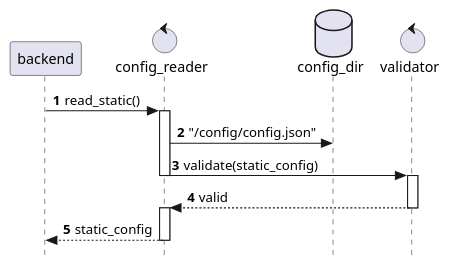
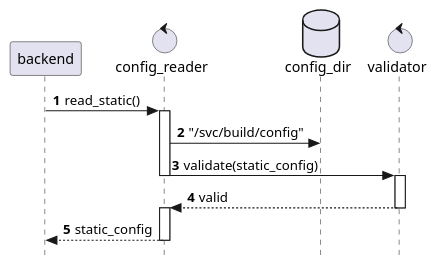
One commit to oss-vienna-at/movin-things changed the diagram in docs/docs/uml/src/startup_read_static_config.puml. Above: the diagram before and after it, drawn with PlantUML. The commit also changed 18 other files, not shown here.

```diff
--- a/docs/docs/uml/src/startup_read_static_config.puml
+++ b/docs/docs/uml/src/startup_read_static_config.puml
@@ -1,24 +1,24 @@
 @startuml
 'https://plantuml.com/sequence-diagram
 
 autonumber
 skinparam style strictuml
 
 participant backend as b
 control config_reader as c
 database config_dir as cd
 control validator as v
 
 b -> c: read_static()
 activate c
-c -> cd: "/config/config.json"
+c -> cd: "/svc/build/config"
 c -> v : validate(static_config)
 deactivate c
 activate v
 v --> c: valid
 deactivate v
 activate c
 c --> b: static_config
 deactivate c
 
 @enduml
```
